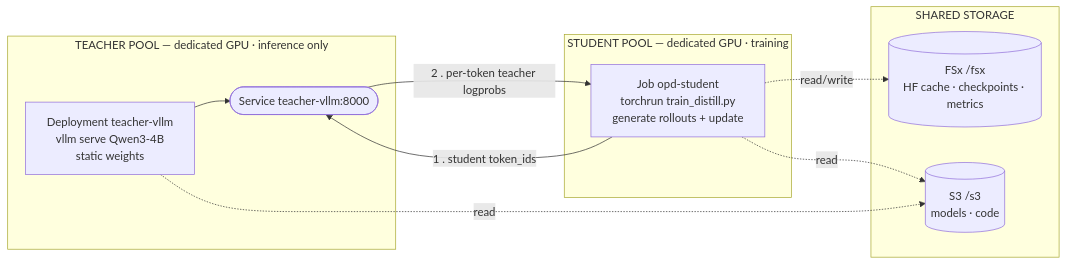
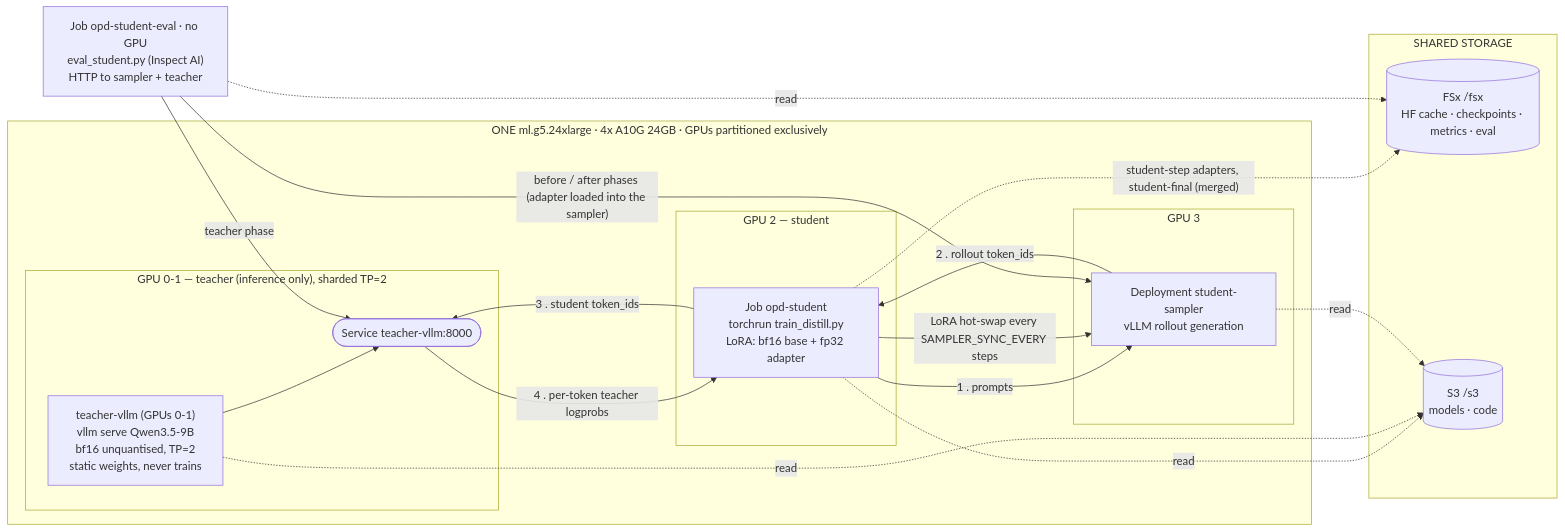
One commit to chakravn/hp-on-policy-distil changed the diagram in code/architecture.md. Above: the diagram before and after it, drawn with Mermaid. The commit also changed other lines of this file and 35 other files, not shown here.

````diff
--- a/code/architecture.md
+++ b/code/architecture.md
@@ -9,20 +58,33 @@
 ```mermaid
 flowchart LR
-  subgraph TP["TEACHER POOL — dedicated GPU · inference only"]
-    T["Deployment teacher-vllm<br/>vllm serve Qwen3-4B<br/>static weights"]
-    SVC(["Service teacher-vllm:8000"])
-    T --> SVC
+  subgraph NODE["ONE ml.g5.24xlarge · 4x A10G 24GB · GPUs partitioned exclusively"]
+    subgraph TP["GPU 0-1 — teacher (inference only), sharded TP=2"]
+      T1["teacher-vllm (GPUs 0-1)<br/>vllm serve Qwen3.5-9B<br/>bf16 unquantised, TP=2<br/>static weights, never trains"]
+      SVC(["Service teacher-vllm:8000"])
+      T1 --> SVC
+    end
+    subgraph SP["GPU 2 — student"]
+      S["Job opd-student<br/>torchrun train_distill.py<br/>LoRA: bf16 base + fp32 adapter"]
+    end
+    subgraph SAMP["GPU 3"]
+      R["Deployment student-sampler<br/>vLLM rollout generation"]
+    end
   end
-  subgraph SP["STUDENT POOL — dedicated GPU · training"]
-    S["Job opd-student<br/>torchrun train_distill.py<br/>generate rollouts + update"]
-  end
+  E["Job opd-student-eval · no GPU<br/>eval_student.py (Inspect AI)<br/>HTTP to sampler + teacher"]
   subgraph STO["SHARED STORAGE"]
-    FSX[("FSx /fsx<br/>HF cache · checkpoints · metrics")]
+    FSX[("FSx /fsx<br/>HF cache · checkpoints · metrics · eval")]
     S3[("S3 /s3<br/>models · code")]
   end
-  S -- "1 . student token_ids" --> SVC
-  SVC -- "2 . per-token teacher logprobs" --> S
-  S -. read/write .-> FSX
+  S -- "1 . prompts" --> R
+  R -- "2 . rollout token_ids" --> S
+  S -- "3 . student token_ids" --> SVC
+  SVC -- "4 . per-token teacher logprobs" --> S
+  S -- "LoRA hot-swap every SAMPLER_SYNC_EVERY steps" --> R
+  S -. "student-step<N> adapters, student-final (merged)" .-> FSX
+  E -. read .-> FSX
+  E -- "teacher phase" --> SVC
+  E -- "before / after phases (adapter loaded into the sampler)" --> R
   S -. read .-> S3
-  T -. read .-> S3
+  T1 -. read .-> S3
+  R -. read .-> S3
 ```
````
